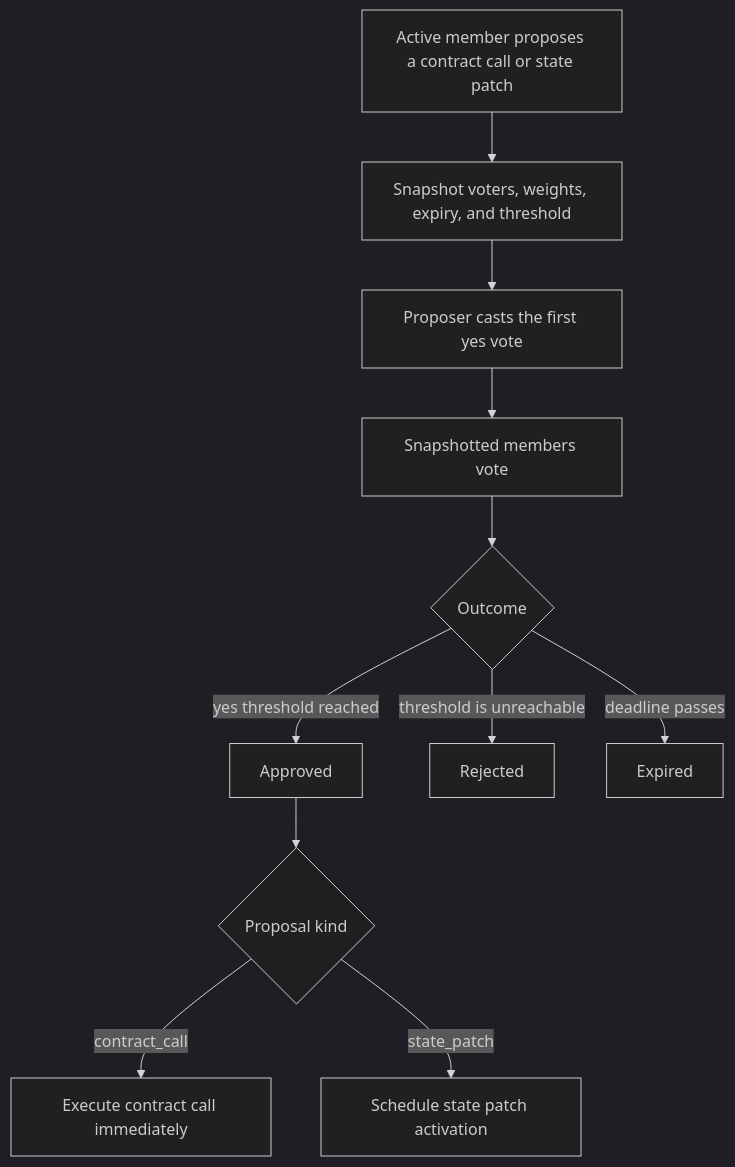
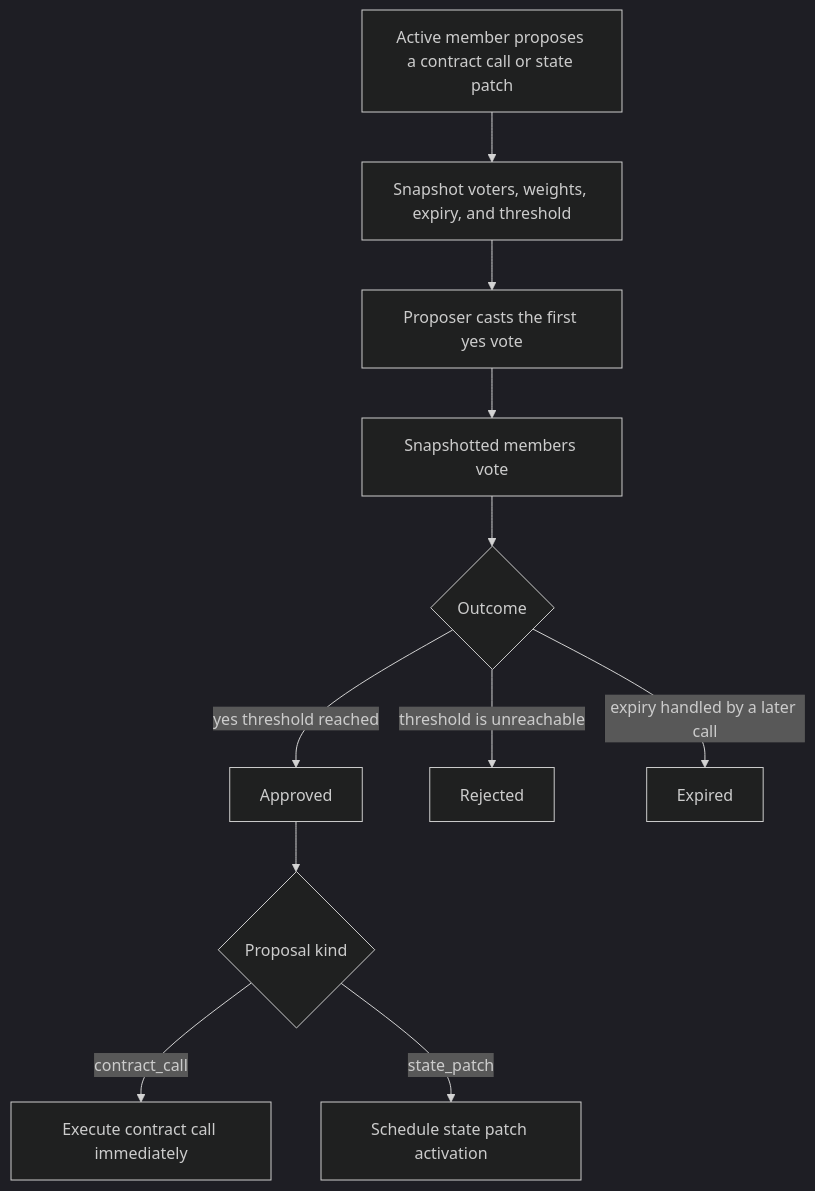
Before and after one commit to xian-technology/xian-docs-web: the diagram in node/protocol-governance.md, drawn with Mermaid (dark theme). The commit also changed 28 other files, not shown here.

````diff
--- a/node/protocol-governance.md
+++ b/node/protocol-governance.md
@@ -32,21 +32,21 @@
 ```mermaid
 flowchart TD
   Propose["Active member proposes a contract call or state patch"]
   Snapshot["Snapshot voters, weights, expiry, and threshold"]
   FirstVote["Proposer casts the first yes vote"]
   Voting["Snapshotted members vote"]
   Outcome{"Outcome"}
   Approved["Approved"]
   Rejected["Rejected"]
   Expired["Expired"]
   Kind{"Proposal kind"}
   Execute["Execute contract call immediately"]
   Schedule["Schedule state patch activation"]
 
   Propose --> Snapshot --> FirstVote --> Voting --> Outcome
   Outcome -->|"yes threshold reached"| Approved --> Kind
   Outcome -->|"threshold is unreachable"| Rejected
-  Outcome -->|"deadline passes"| Expired
+  Outcome -->|"expiry handled by a later call"| Expired
   Kind -->|"contract_call"| Execute
   Kind -->|"state_patch"| Schedule
 ```
````
